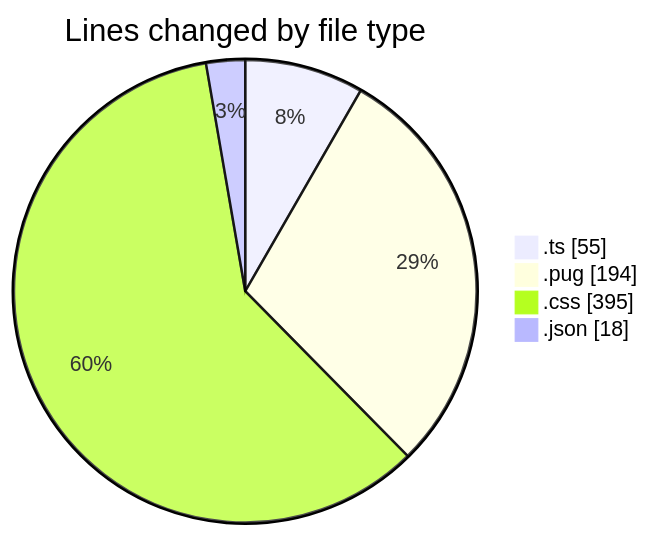
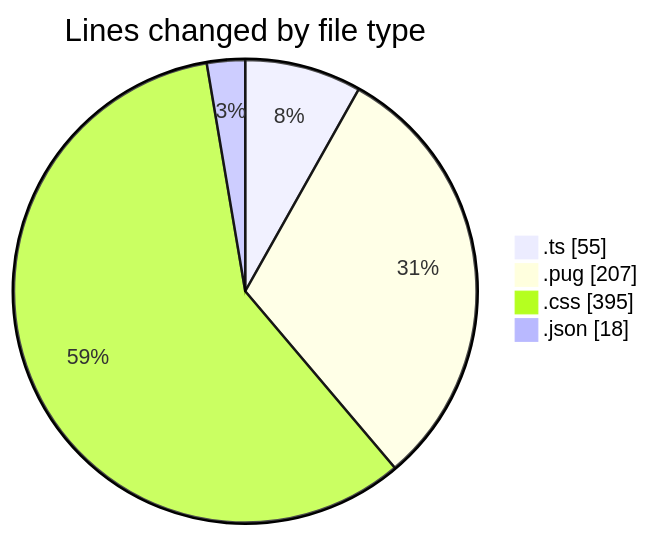
Before and after one commit to momahboobian/code-tracking: the first of 2 diagrams in 2025-10-31/cda/README.md, drawn with Mermaid. The commit also changed other lines of this file and 1 other file, not shown here.

````diff
--- a/2025-10-31/cda/README.md
+++ b/2025-10-31/cda/README.md
@@ -25,8 +25,8 @@
 ```mermaid
 pie showData
 title Lines changed by file type
 ".ts" : 55
-".pug" : 194
+".pug" : 207
 ".css" : 395
 ".json" : 18
 ```
````
